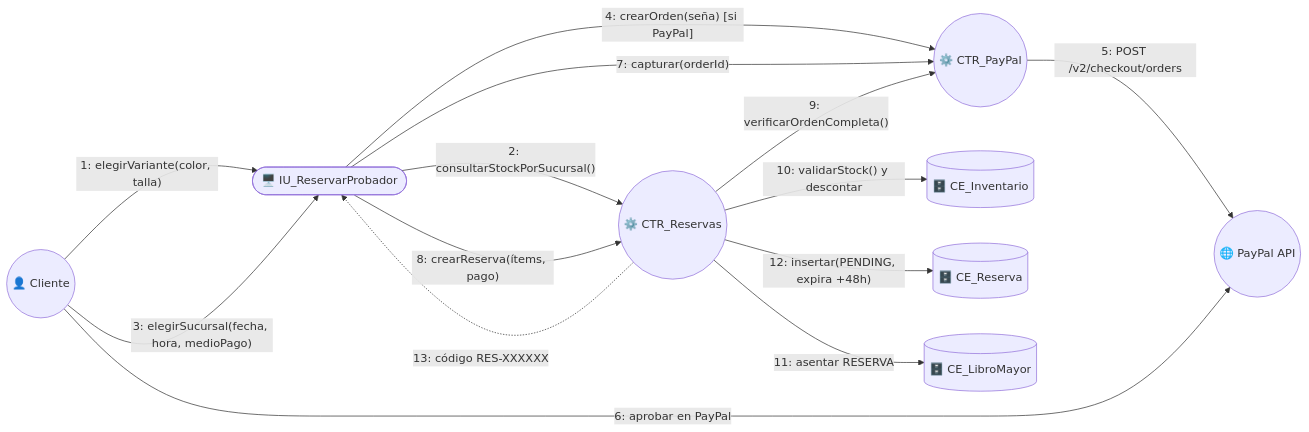
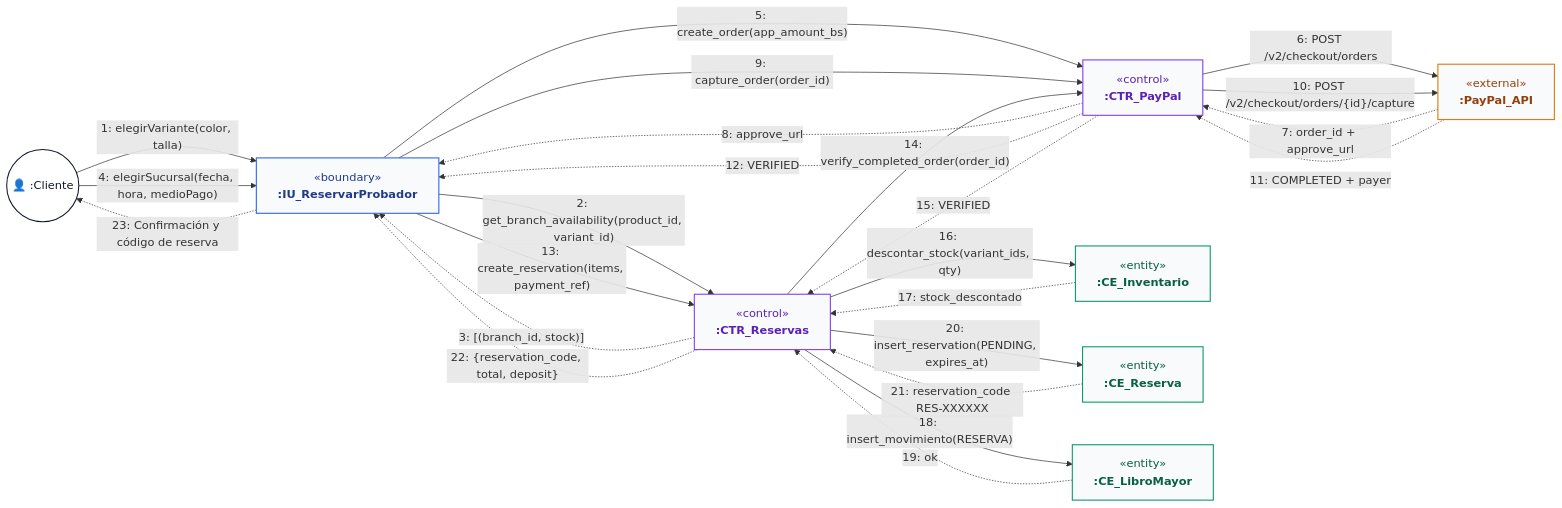
One commit to jc-larry/ecommerce changed the fourth of 24 diagrams in documentos/Ciclo3.md. Above: the diagram before and after it, drawn with Mermaid. The commit also changed other lines of this file and 148 other files, not shown here.

````diff
--- a/documentos/Ciclo3.md
+++ b/documentos/Ciclo3.md
@@ -362,25 +401,41 @@
 ```mermaid
 flowchart LR
-    C(("👤 Cliente"))
-    IU(["🖥️ IU_ReservarProbador"])
-    CTR_R(("⚙️ CTR_Reservas"))
-    CTR_P(("⚙️ CTR_PayPal"))
-    PP(("🌐 PayPal API"))
-    CE_I[("🗄️ CE_Inventario")]
-    CE_R[("🗄️ CE_Reserva")]
-    CE_L[("🗄️ CE_LibroMayor")]
+    classDef actorStyle fill:#ffffff,stroke:#111827,stroke-width:1.5px,color:#111827;
+    classDef boundaryStyle fill:#f9fafb,stroke:#2563eb,stroke-width:1.5px,color:#1e3a8a;
+    classDef controlStyle fill:#f9fafb,stroke:#7c3aed,stroke-width:1.5px,color:#5b21b6;
+    classDef entityStyle fill:#f9fafb,stroke:#059669,stroke-width:1.5px,color:#065f46;
+    classDef externalStyle fill:#f9fafb,stroke:#d97706,stroke-width:1.5px,color:#92400e;
+
+    C(("👤 :Cliente")):::actorStyle
+    IU["&laquo;boundary&raquo;<br/><b>:IU_ReservarProbador</b>"]:::boundaryStyle
+    CTR["&laquo;control&raquo;<br/><b>:CTR_Reservas</b>"]:::controlStyle
+    CTR_PP["&laquo;control&raquo;<br/><b>:CTR_PayPal</b>"]:::controlStyle
+    API_PP["&laquo;external&raquo;<br/><b>:PayPal_API</b>"]:::externalStyle
+    CE_I["&laquo;entity&raquo;<br/><b>:CE_Inventario</b>"]:::entityStyle
+    CE_R["&laquo;entity&raquo;<br/><b>:CE_Reserva</b>"]:::entityStyle
+    CE_L["&laquo;entity&raquo;<br/><b>:CE_LibroMayor</b>"]:::entityStyle
 
     C -- "1: elegirVariante(color, talla)" --> IU
-    IU -- "2: consultarStockPorSucursal()" --> CTR_R
-    C -- "3: elegirSucursal(fecha, hora, medioPago)" --> IU
-    IU -- "4: crearOrden(seña) [si PayPal]" --> CTR_P
-    CTR_P -- "5: POST /v2/checkout/orders" --> PP
-    C -- "6: aprobar en PayPal" --> PP
-    IU -- "7: capturar(orderId)" --> CTR_P
-    IU -- "8: crearReserva(ítems, pago)" --> CTR_R
-    CTR_R -- "9: verificarOrdenCompleta()" --> CTR_P
-    CTR_R -- "10: validarStock() y descontar" --> CE_I
-    CTR_R -- "11: asentar RESERVA" --> CE_L
-    CTR_R -- "12: insertar(PENDING, expira +48h)" --> CE_R
-    CTR_R -. "13: código RES-XXXXXX" .-> IU
+    IU -- "2: get_branch_availability(product_id, variant_id)" --> CTR
+    CTR -. "3: [(branch_id, stock)]" .-> IU
+    C -- "4: elegirSucursal(fecha, hora, medioPago)" --> IU
+    IU -- "5: create_order(app_amount_bs)" --> CTR_PP
+    CTR_PP -- "6: POST /v2/checkout/orders" --> API_PP
+    API_PP -. "7: order_id + approve_url" .-> CTR_PP
+    CTR_PP -. "8: approve_url" .-> IU
+    IU -- "9: capture_order(order_id)" --> CTR_PP
+    CTR_PP -- "10: POST /v2/checkout/orders/{id}/capture" --> API_PP
+    API_PP -. "11: COMPLETED + payer" .-> CTR_PP
+    CTR_PP -. "12: VERIFIED" .-> IU
+    IU -- "13: create_reservation(items, payment_ref)" --> CTR
+    CTR -- "14: verify_completed_order(order_id)" --> CTR_PP
+    CTR_PP -. "15: VERIFIED" .-> CTR
+    CTR -- "16: descontar_stock(variant_ids, qty)" --> CE_I
+    CE_I -. "17: stock_descontado" .-> CTR
+    CTR -- "18: insert_movimiento(RESERVA)" --> CE_L
+    CE_L -. "19: ok" .-> CTR
+    CTR -- "20: insert_reservation(PENDING, expires_at)" --> CE_R
+    CE_R -. "21: reservation_code RES-XXXXXX" .-> CTR
+    CTR -. "22: {reservation_code, total, deposit}" .-> IU
+    IU -. "23: Confirmación y código de reserva" .-> C
 ```
````
